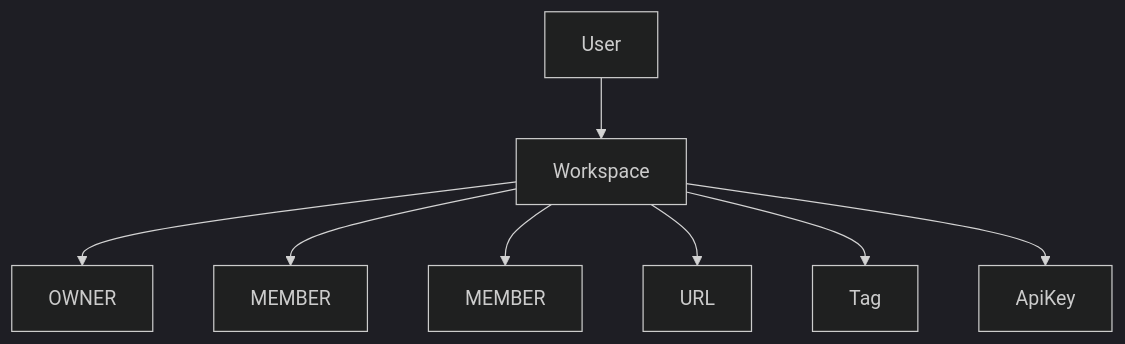
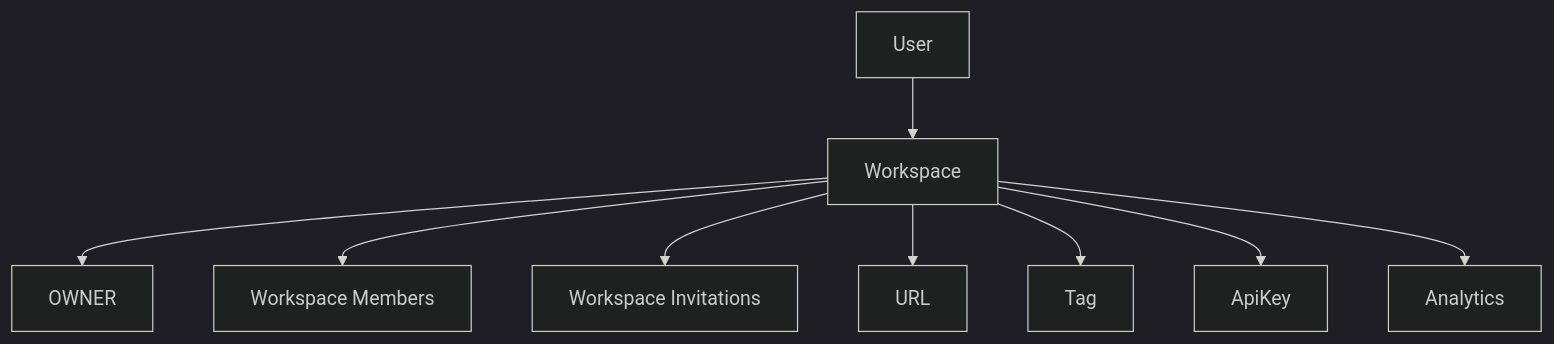
The third of 3 diagrams in docs/architecture/workspace/Workspace-Architecture.md (datnguyxn/LinkFlow), drawn with Mermaid (dark theme) before and after one commit. The commit also changed other lines of this file and 14 other files, not shown here.

Commit message:
docs(architecture): add workspace module documentation

````diff
--- a/docs/architecture/workspace/Workspace-Architecture.md
+++ b/docs/architecture/workspace/Workspace-Architecture.md
@@ -99,19 +99,21 @@
 ```mermaid
 flowchart TD
 
 User
 
-User --> WorkspaceA[Workspace]
+User --> Workspace
 
-WorkspaceA --> Owner[OWNER]
+Workspace --> Owner[OWNER]
 
-WorkspaceA --> Member1[MEMBER]
+Workspace --> Members[Workspace Members]
 
-WorkspaceA --> Member2[MEMBER]
+Workspace --> Invitations[Workspace Invitations]
 
-WorkspaceA --> URL
+Workspace --> URL
 
-WorkspaceA --> Tag
+Workspace --> Tag
 
-WorkspaceA --> ApiKey
+Workspace --> ApiKey
+
+Workspace --> Analytics
 ```
````
